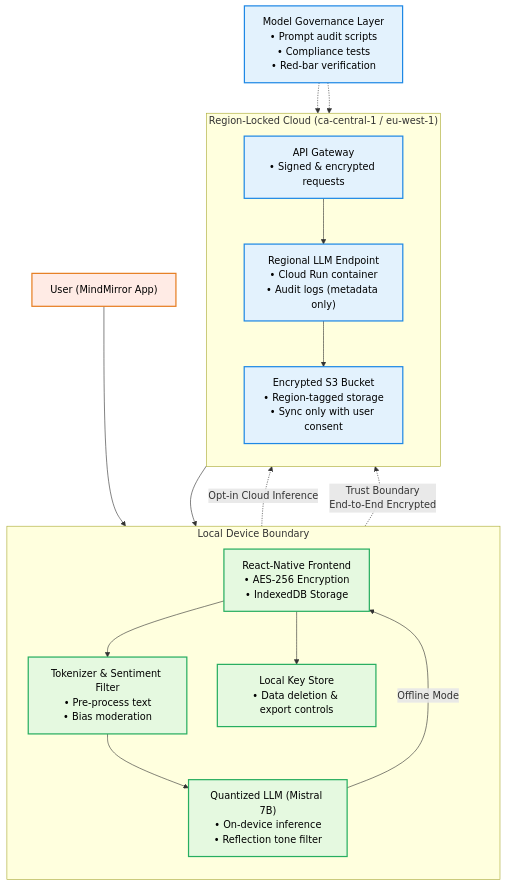
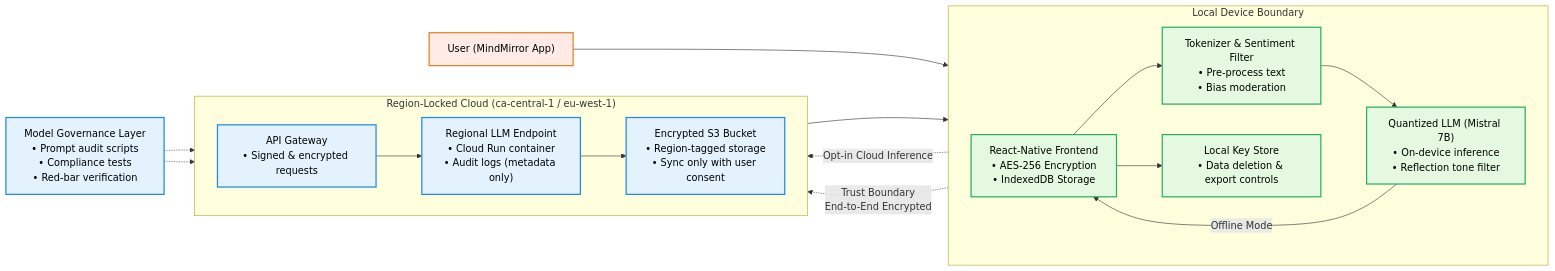
The diagram in Capstone/capstone_pitch.md (Awakuruf/CPSC346C-Solo-Project), drawn with Mermaid before and after one commit. The commit also changed other lines of this file, not shown here.

Commit message:
Added Appendix with legitimate citation of GDPR and PIPEDA entries and fixed the diagram to be horizontal

````diff
--- a/Capstone/capstone_pitch.md
+++ b/Capstone/capstone_pitch.md
@@ -40,49 +40,49 @@
 ```mermaid
-flowchart TB
+flowchart LR
 
 %% === Define Styles ===
 classDef user fill:#FFEBE5,stroke:#E67E22,stroke-width:2px,color:#000
 classDef local fill:#E5F9E0,stroke:#27AE60,stroke-width:2px,color:#000
 classDef cloud fill:#E3F2FD,stroke:#1E88E5,stroke-width:2px,color:#000
 classDef boundary stroke-dasharray: 5 5,stroke:#555,stroke-width:1.5px
 
 %% === User Layer ===
 U["User (MindMirror App)"]:::user
 
 %% === Local Processing ===
 subgraph L["Local Device Boundary"]
-direction TB
+direction LR
     FE["React-Native Frontend<br/>• AES-256 Encryption<br/>• IndexedDB Storage"]:::local
     TK["Tokenizer & Sentiment Filter<br/>• Pre-process text<br/>• Bias moderation"]:::local
     LM["Quantized LLM (Mistral 7B)<br/>• On-device inference<br/>• Reflection tone filter"]:::local
     KS["Local Key Store<br/>• Data deletion & export controls"]:::local
 end
 class L boundary
 
 %% === Regional Cloud ===
 subgraph C["Region-Locked Cloud (ca-central-1 / eu-west-1)"]
-direction TB
+direction LR
     API["API Gateway<br/>• Signed & encrypted requests"]:::cloud
     LLM["Regional LLM Endpoint<br/>• Cloud Run container<br/>• Audit logs (metadata only)"]:::cloud
     S3["Encrypted S3 Bucket<br/>• Region-tagged storage<br/>• Sync only with user consent"]:::cloud
 end
 class C boundary
 
 %% === Governance / Oversight ===
 GOV["Model Governance Layer<br/>• Prompt audit scripts<br/>• Compliance tests<br/>• Red-bar verification"]:::cloud
 
 %% === Data Flows ===
 U --> FE
 FE --> TK
 TK --> LM
 LM -->|Offline Mode| FE
 LM -.->|Opt-in Cloud Inference| API
 API --> LLM --> S3
 S3 --> FE
 FE --> KS
 GOV -.-> LLM
 GOV -.-> S3
 
 %% === Trust Boundaries ===
 L -.->|Trust Boundary<br/>End-to-End Encrypted| C
 ```
````
